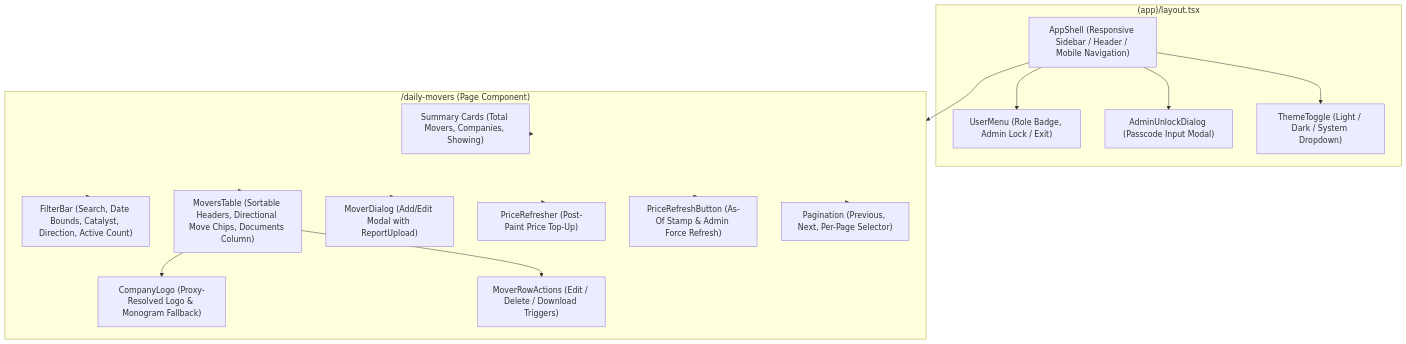
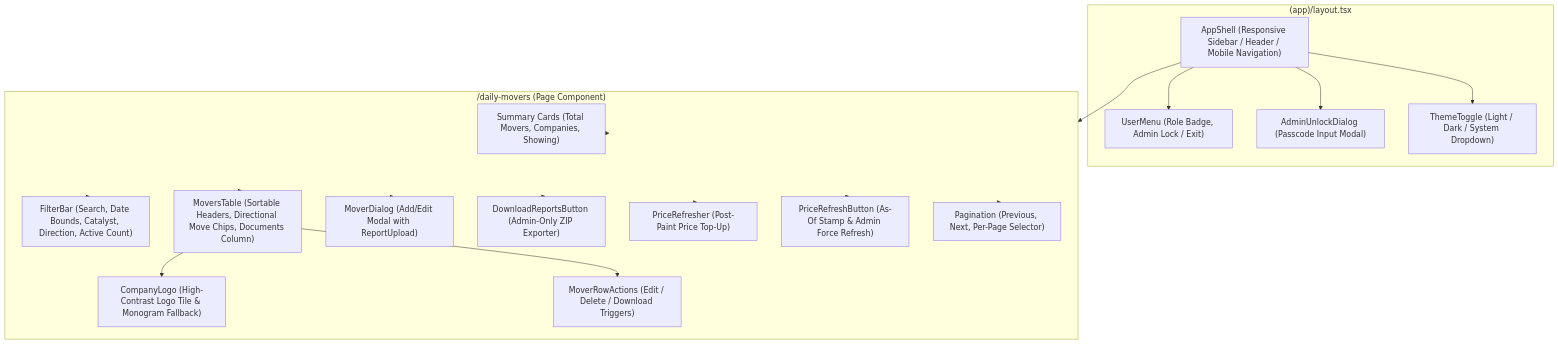
One commit to Vitti-Capital-Tech/daily-movers-dashboard changed the fifth of 5 diagrams in docs/LLD.md. Above: the diagram before and after it, drawn with Mermaid. The commit also changed other lines of this file and 5 other files, not shown here.

````diff
--- a/docs/LLD.md
+++ b/docs/LLD.md
@@ -428,35 +440,37 @@
 ```mermaid
 graph TD
     subgraph Layout["(app)/layout.tsx"]
         Shell["AppShell (Responsive Sidebar / Header / Mobile Navigation)"]
         UserMenu["UserMenu (Role Badge, Admin Lock / Exit)"]
         Unlock["AdminUnlockDialog (Passcode Input Modal)"]
         Toggle["ThemeToggle (Light / Dark / System Dropdown)"]
     end
 
     subgraph DailyMoversPage["/daily-movers (Page Component)"]
         Summary["Summary Cards (Total Movers, Companies, Showing)"]
         Filter["FilterBar (Search, Date Bounds, Catalyst, Direction, Active Count)"]
         Table["MoversTable (Sortable Headers, Directional Move Chips, Documents Column)"]
         Dialog["MoverDialog (Add/Edit Modal with ReportUpload)"]
-        Logo["CompanyLogo (Proxy-Resolved Logo & Monogram Fallback)"]
+        DownloadZip["DownloadReportsButton (Admin-Only ZIP Exporter)"]
+        Logo["CompanyLogo (High-Contrast Logo Tile & Monogram Fallback)"]
         Refresher["PriceRefresher (Post-Paint Price Top-Up)"]
         RefreshBtn["PriceRefreshButton (As-Of Stamp & Admin Force Refresh)"]
         RowActions["MoverRowActions (Edit / Delete / Download Triggers)"]
         Pager["Pagination (Previous, Next, Per-Page Selector)"]
     end
 
     Shell --> UserMenu
     Shell --> Unlock
     Shell --> Toggle
     Shell --> DailyMoversPage
     DailyMoversPage --> Summary
     DailyMoversPage --> Filter
     DailyMoversPage --> Table
     DailyMoversPage --> Dialog
+    DailyMoversPage --> DownloadZip
     DailyMoversPage --> Pager
     Table --> Logo
     Table --> RowActions
     DailyMoversPage --> Refresher
     DailyMoversPage --> RefreshBtn
 ```
````
